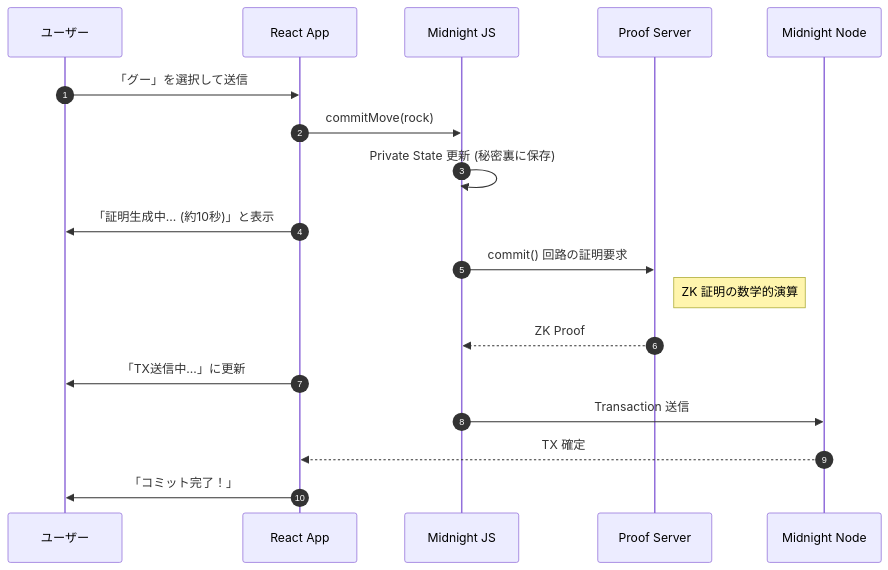
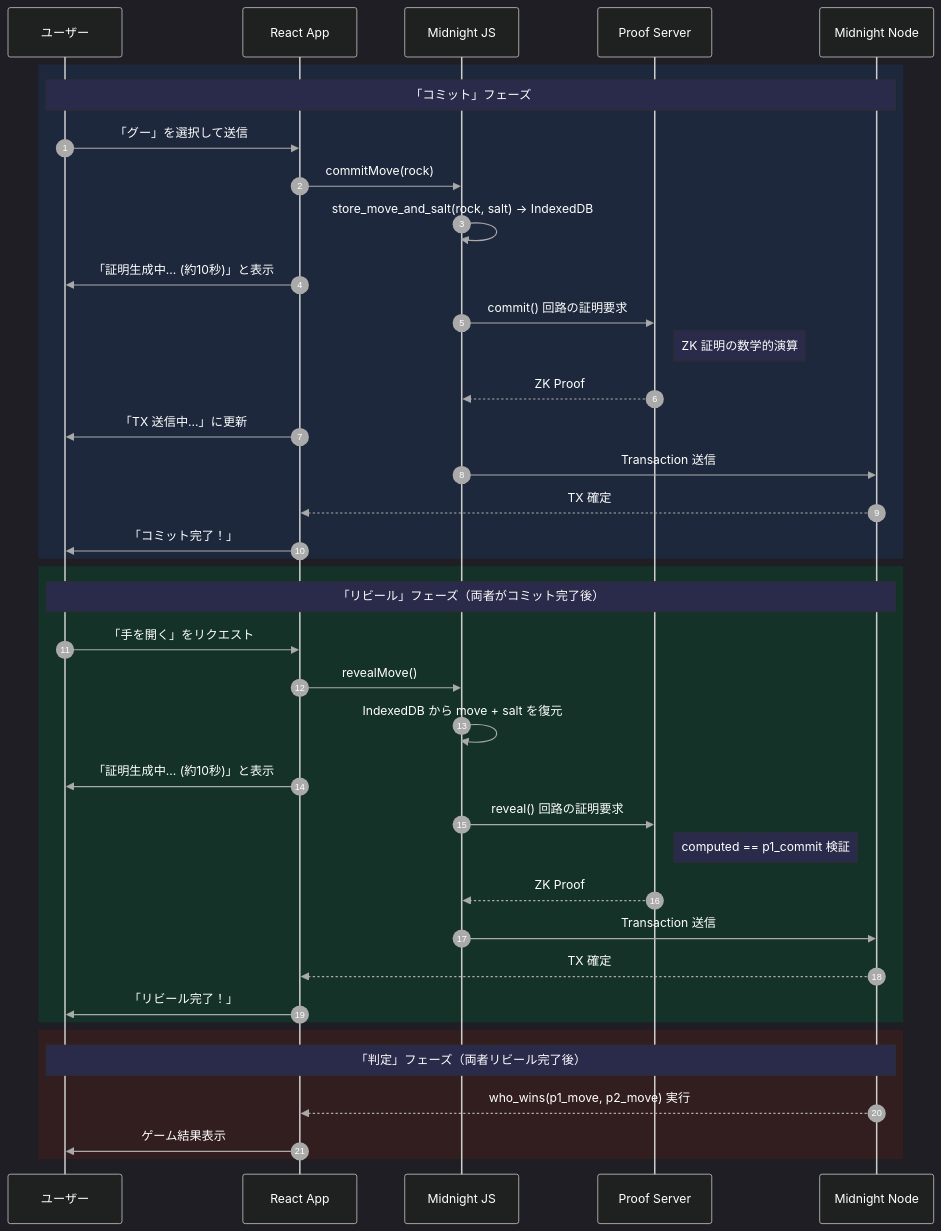
The third of 3 diagrams in articles/midnight_simple_app-4.md (mashharuki/zenn-docs), drawn with Mermaid before and after one commit. The commit also changed other lines of this file, not shown here.

````diff
--- a/articles/midnight_simple_app-4.md
+++ b/articles/midnight_simple_app-4.md
@@ -195,21 +269,45 @@
 ```mermaid
+%%{init: {'theme': 'dark', 'themeVariables': {'actorTextColor': '#ffffff', 'signalColor': '#aaaaaa', 'signalTextColor': '#ffffff', 'labelTextColor': '#ffffff', 'loopTextColor': '#ffffff', 'noteTextColor': '#ffffff', 'noteBkgColor': '#2a2a4a', 'sequenceNumberColor': '#ffffff', 'activationBorderColor': '#aaaaaa'}}}%%
 sequenceDiagram
     autonumber
     participant User as ユーザー
     participant App as React App
     participant SDK as Midnight JS
     participant PS as Proof Server
     participant Node as Midnight Node
 
-    User->>App: 「グー」を選択して送信
-    App->>SDK: commitMove(rock)
-    SDK->>SDK: Private State 更新 (秘密裏に保存)
-    App->>User: 「証明生成中... (約10秒)」と表示
-    SDK->>PS: commit() 回路の証明要求
-    Note right of PS: ZK 証明の数学的演算
-    PS-->>SDK: ZK Proof
-    App->>User: 「TX送信中...」に更新
-    SDK->>Node: Transaction 送信
-    Node-->>App: TX 確定
-    App->>User: 「コミット完了！」
+    rect rgb(30, 40, 60)
+        Note over User,Node: 「コミット」フェーズ
+        User->>App: 「グー」を選択して送信
+        App->>SDK: commitMove(rock)
+        SDK->>SDK: store_move_and_salt(rock, salt) → IndexedDB
+        App->>User: 「証明生成中... (約10秒)」と表示
+        SDK->>PS: commit() 回路の証明要求
+        Note right of PS: ZK 証明の数学的演算
+        PS-->>SDK: ZK Proof
+        App->>User: 「TX 送信中...」に更新
+        SDK->>Node: Transaction 送信
+        Node-->>App: TX 確定
+        App->>User: 「コミット完了！」
+    end
+
+    rect rgb(20, 50, 40)
+        Note over User,Node: 「リビール」フェーズ（両者がコミット完了後）
+        User->>App: 「手を開く」をリクエスト
+        App->>SDK: revealMove()
+        SDK->>SDK: IndexedDB から move + salt を復元
+        App->>User: 「証明生成中... (約10秒)」と表示
+        SDK->>PS: reveal() 回路の証明要求
+        Note right of PS: computed == p1_commit 検証
+        PS-->>SDK: ZK Proof
+        SDK->>Node: Transaction 送信
+        Node-->>App: TX 確定
+        App->>User: 「リビール完了！」
+    end
+
+    rect rgb(50, 30, 30)
+        Note over User,Node: 「判定」フェーズ（両者リビール完了後）
+        Node-->>App: who_wins(p1_move, p2_move) 実行
+        App->>User: ゲーム結果表示
+    end
 ```
````
